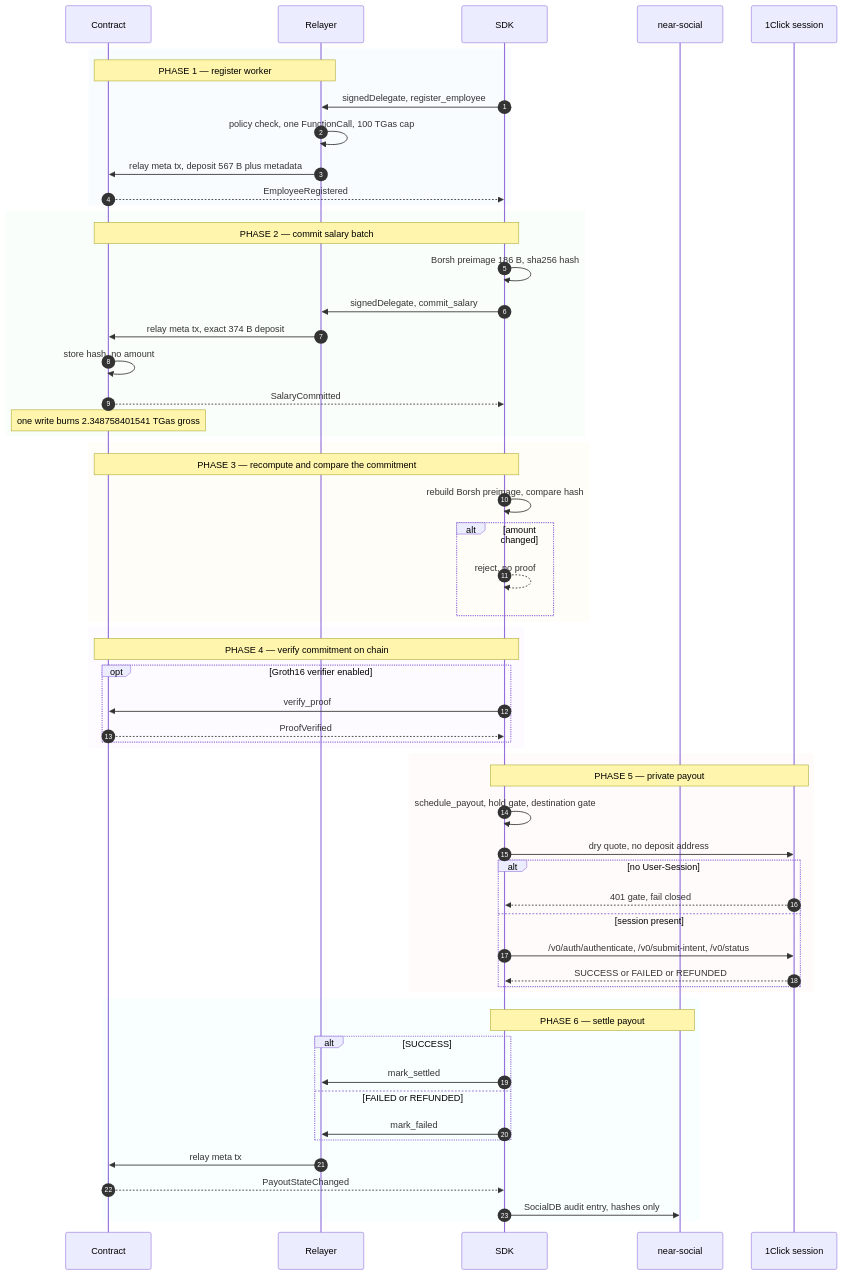
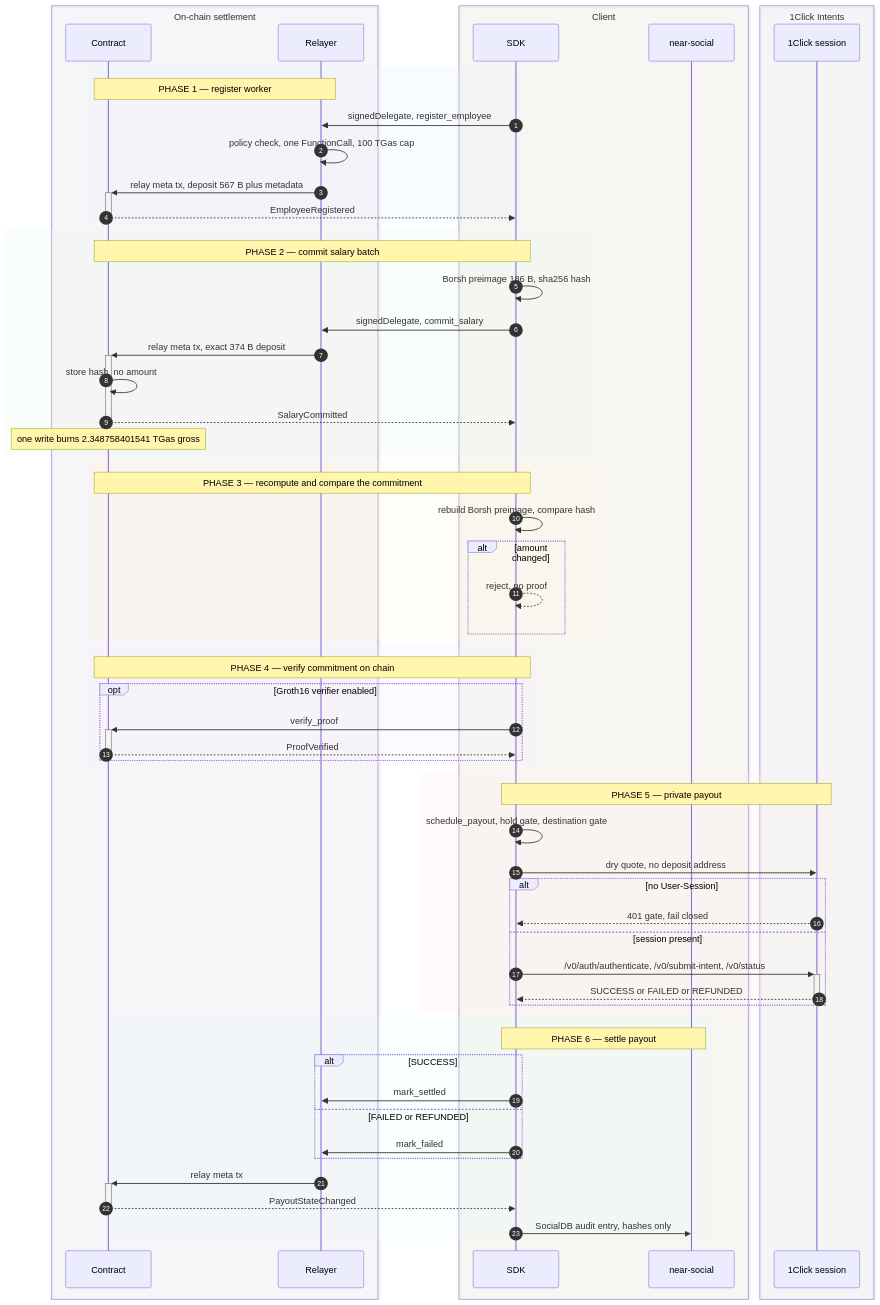
Before and after one commit to amolikpe-bit/private-payroll-payments: the diagram in README.md, drawn with Mermaid.

Commit message:
docs(subrosa): add system boundaries and activations to the diagram

````diff
--- a/README.md
+++ b/README.md
@@ -7,63 +7,69 @@
 ```mermaid
 sequenceDiagram
     accTitle: subrosa runtime flow
     accDescr: Employer registers workers, commits hashed salaries, verifies proofs, then pays out privately and settles payout state.
     autonumber
+    box rgba(243,232,255,0.12) On-chain settlement
     participant C as Contract
     participant R as Relayer
+    end
+    box rgba(255,244,214,0.12) Client
     participant S as SDK
     participant N as near-social
+    end
+    box rgba(230,247,235,0.12) 1Click Intents
     participant O as 1Click session
+    end
     rect rgba(226,238,255,0.20)
     Note over R,C: PHASE 1 — register worker
     S->>R: signedDelegate, register_employee
     R->>R: policy check, one FunctionCall, 100 TGas cap
-    R->>C: relay meta tx, deposit 567 B plus metadata
-    C-->>S: EmployeeRegistered
+    R->>+C: relay meta tx, deposit 567 B plus metadata
+    C-->>-S: EmployeeRegistered
     end
     rect rgba(230,247,235,0.20)
     Note over S,C: PHASE 2 — commit salary batch
     S->>S: Borsh preimage 186 B, sha256 hash
     S->>R: signedDelegate, commit_salary
-    R->>C: relay meta tx, exact 374 B deposit
+    R->>+C: relay meta tx, exact 374 B deposit
     C->>C: store hash, no amount
-    C-->>S: SalaryCommitted
+    C-->>-S: SalaryCommitted
     Note over C: one write burns 2.348758401541 TGas gross
     end
     rect rgba(255,244,214,0.20)
     Note over S,C: PHASE 3 — recompute and compare the commitment
     S->>S: rebuild Borsh preimage, compare hash
     alt amount changed
         S-->>S: reject, no proof
     end
     end
     rect rgba(243,232,255,0.20)
     Note over S,C: PHASE 4 — verify commitment on chain
     opt Groth16 verifier enabled
-        S->>C: verify_proof
-        C-->>S: ProofVerified
+        S->>+C: verify_proof
+        C-->>-S: ProofVerified
     end
     end
     rect rgba(255,232,232,0.20)
     Note over S,O: PHASE 5 — private payout
     S->>S: schedule_payout, hold gate, destination gate
     S->>O: dry quote, no deposit address
     alt no User-Session
         O-->>S: 401 gate, fail closed
     else session present
-        S->>O: /v0/auth/authenticate, /v0/submit-intent, /v0/status
-        O-->>S: SUCCESS or FAILED or REFUNDED
+        S->>+O: /v0/auth/authenticate, /v0/submit-intent, /v0/status
+        O-->>-S: SUCCESS or FAILED or REFUNDED
     end
     end
     rect rgba(224,247,250,0.20)
     Note over S,N: PHASE 6 — settle payout
     alt SUCCESS
         S->>R: mark_settled
     else FAILED or REFUNDED
         S->>R: mark_failed
     end
-    R->>C: relay meta tx
-    C-->>S: PayoutStateChanged
+    R->>+C: relay meta tx
+    C-->>-S: PayoutStateChanged
     S->>N: SocialDB audit entry, hashes only
     end
 ```
````
